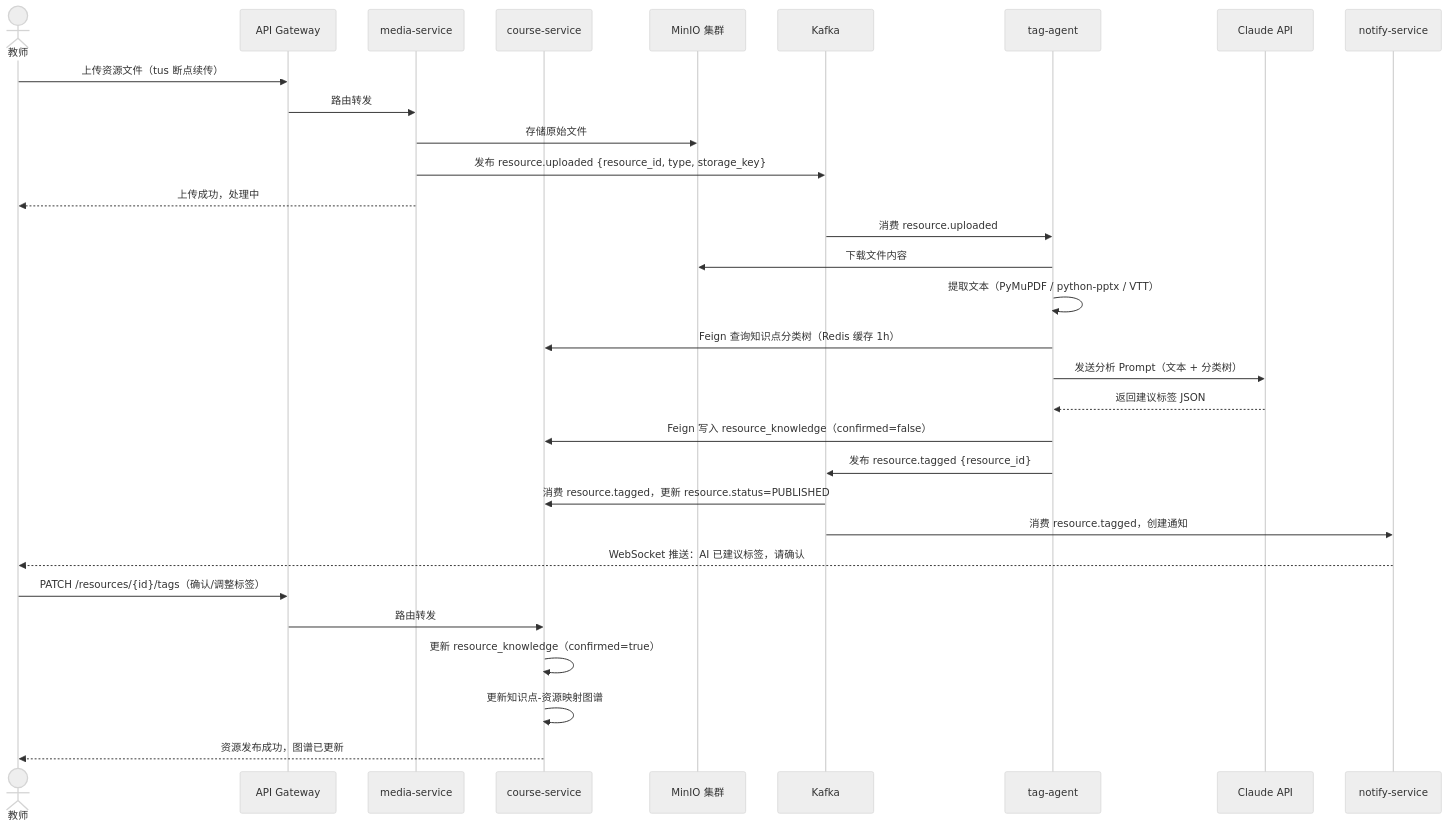
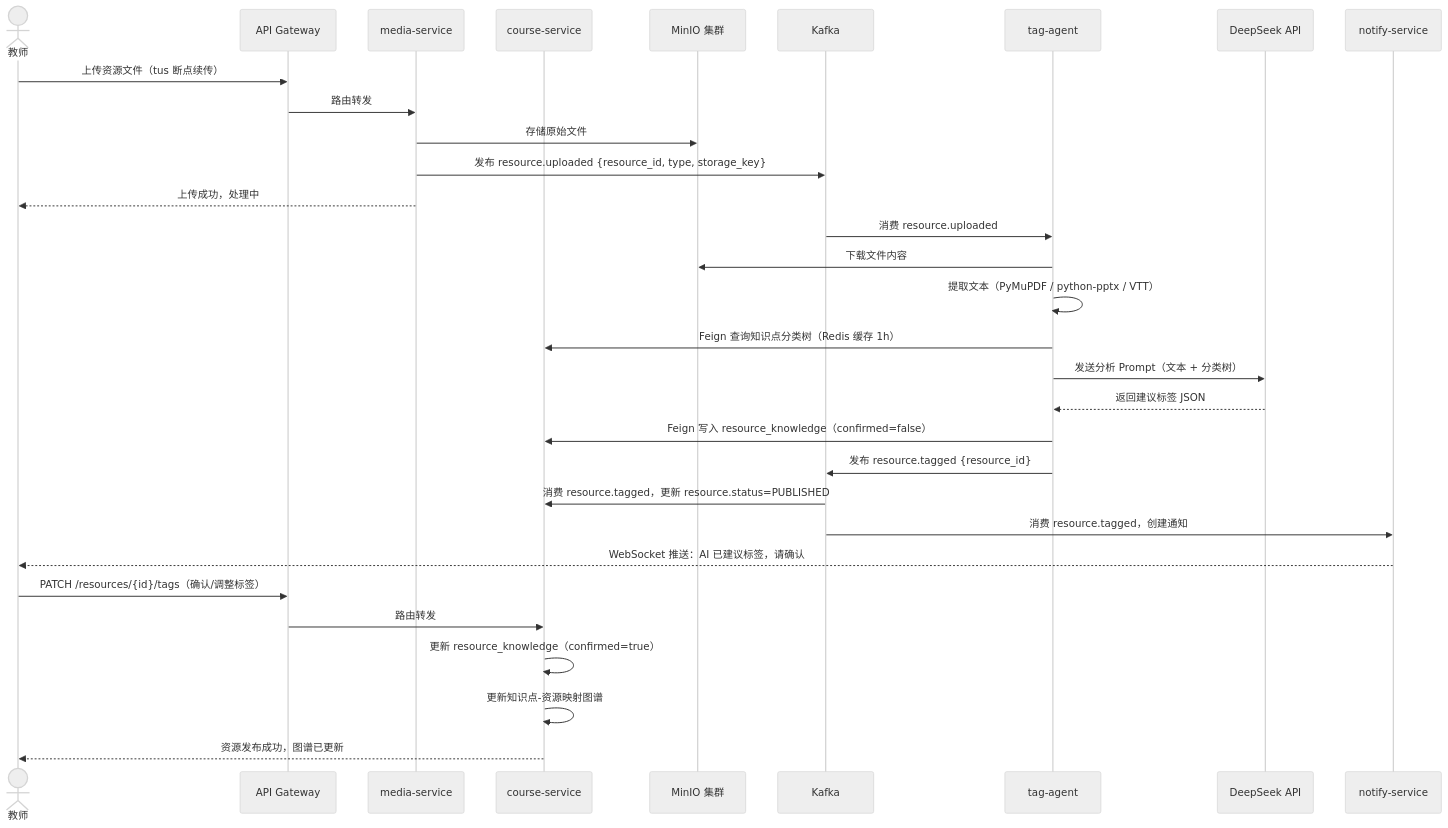
One commit to xice-1201/CloudTeachingAI changed diagram 19 of 23 in docs/design/SDD-CloudTeachingAI.md. Above: the diagram before and after it, drawn with Mermaid (neutral theme). The commit also changed other lines of this file and 6 other files, not shown here.

````diff
--- a/docs/design/SDD-CloudTeachingAI.md
+++ b/docs/design/SDD-CloudTeachingAI.md
@@ -1595,37 +1597,37 @@
 ```mermaid
 sequenceDiagram
     actor Teacher as 教师
     participant GW as API Gateway
     participant Media as media-service
     participant Course as course-service
     participant MinIO as MinIO 集群
     participant Kafka as Kafka
     participant TagAgent as tag-agent
-    participant Claude as Claude API
+    participant DeepSeek as DeepSeek API
     participant Notify as notify-service
 
     Teacher->>GW: 上传资源文件（tus 断点续传）
     GW->>Media: 路由转发
     Media->>MinIO: 存储原始文件
     Media->>Kafka: 发布 resource.uploaded {resource_id, type, storage_key}
     Media-->>Teacher: 上传成功，处理中
 
     Kafka->>TagAgent: 消费 resource.uploaded
     TagAgent->>MinIO: 下载文件内容
     TagAgent->>TagAgent: 提取文本（PyMuPDF / python-pptx / VTT）
     TagAgent->>Course: Feign 查询知识点分类树（Redis 缓存 1h）
-    TagAgent->>Claude: 发送分析 Prompt（文本 + 分类树）
-    Claude-->>TagAgent: 返回建议标签 JSON
+    TagAgent->>DeepSeek: 发送分析 Prompt（文本 + 分类树）
+    DeepSeek-->>TagAgent: 返回建议标签 JSON
     TagAgent->>Course: Feign 写入 resource_knowledge（confirmed=false）
     TagAgent->>Kafka: 发布 resource.tagged {resource_id}
 
     Kafka->>Course: 消费 resource.tagged，更新 resource.status=PUBLISHED
     Kafka->>Notify: 消费 resource.tagged，创建通知
     Notify-->>Teacher: WebSocket 推送：AI 已建议标签，请确认
 
     Teacher->>GW: PATCH /resources/{id}/tags（确认/调整标签）
     GW->>Course: 路由转发
     Course->>Course: 更新 resource_knowledge（confirmed=true）
     Course->>Course: 更新知识点-资源映射图谱
     Course-->>Teacher: 资源发布成功，图谱已更新
 ```
````
